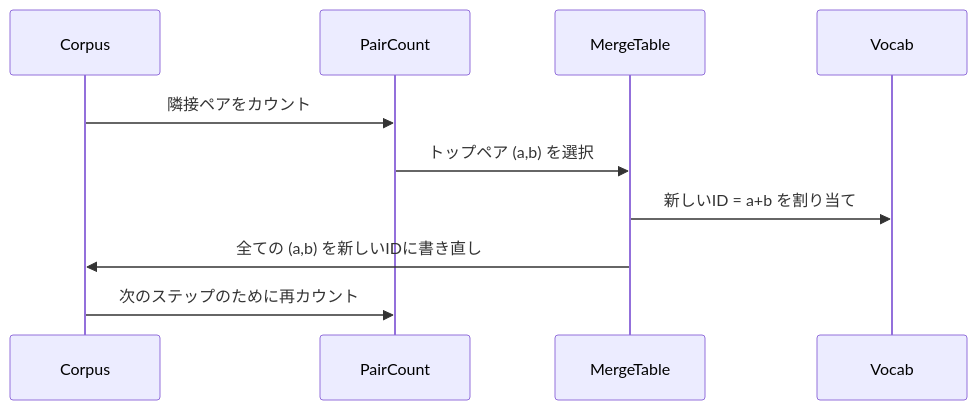
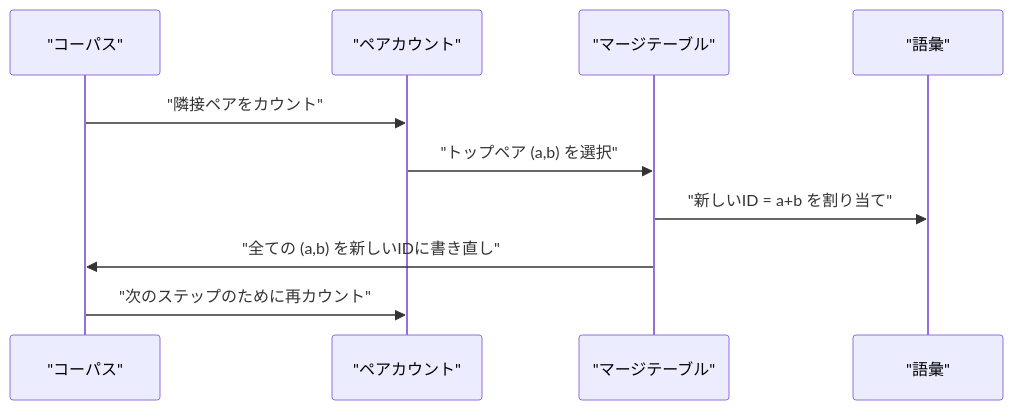
The second of 2 diagrams in content/phases/19-capstone-projects/30-bpe-tokenizer-from-scratch/lesson.ja.md (shoshoshomen/synapse-academy), drawn with Mermaid before and after one commit. The commit also changed other lines of this file and 124 other files, not shown here.

First line of the commit message:
feat(i18n): mermaid図のラベルを日本語化(194レッスン/374図)

````diff
--- a/content/phases/19-capstone-projects/30-bpe-tokenizer-from-scratch/lesson.ja.md
+++ b/content/phases/19-capstone-projects/30-bpe-tokenizer-from-scratch/lesson.ja.md
@@ -49,12 +49,12 @@
 ```mermaid
 sequenceDiagram
-    participant Corpus
-    participant PairCount
-    participant MergeTable
-    participant Vocab
-    Corpus->>PairCount: 隣接ペアをカウント
-    PairCount->>MergeTable: トップペア (a,b) を選択
-    MergeTable->>Vocab: 新しいID = a+b を割り当て
-    MergeTable->>Corpus: 全ての (a,b) を新しいIDに書き直し
-    Corpus->>PairCount: 次のステップのために再カウント
+    participant Corpus as "コーパス"
+    participant PairCount as "ペアカウント"
+    participant MergeTable as "マージテーブル"
+    participant Vocab as "語彙"
+    Corpus->>PairCount: "隣接ペアをカウント"
+    PairCount->>MergeTable: "トップペア (a,b) を選択"
+    MergeTable->>Vocab: "新しいID = a+b を割り当て"
+    MergeTable->>Corpus: "全ての (a,b) を新しいIDに書き直し"
+    Corpus->>PairCount: "次のステップのために再カウント"
 ```
````
